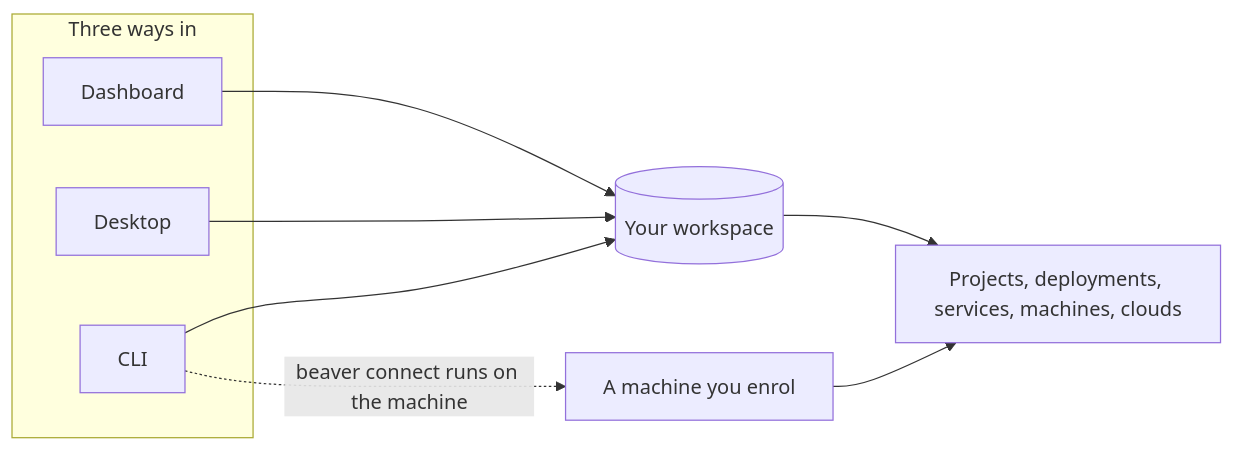
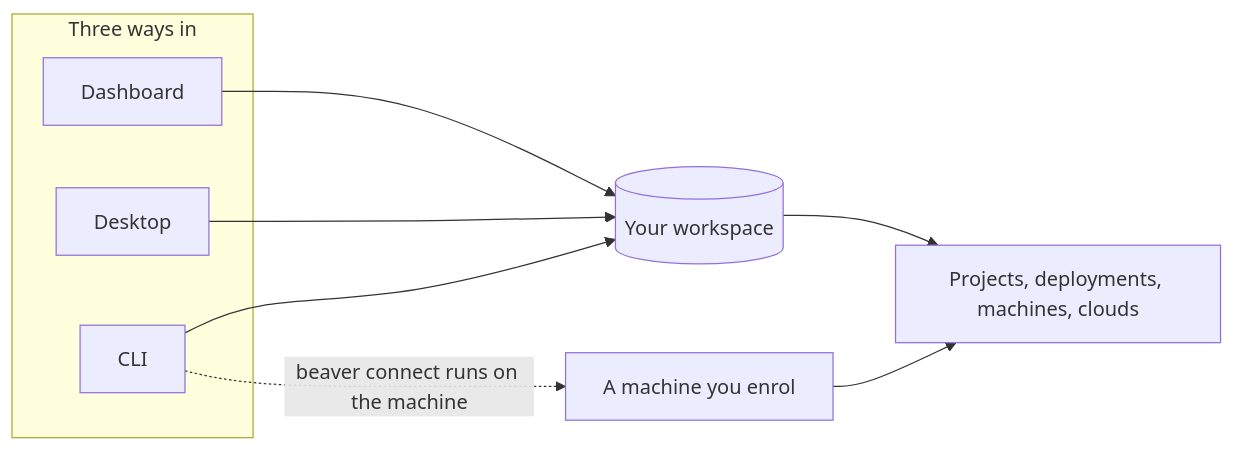
The second of 2 diagrams in start/how-beaver-fits-together.mdx (SoftwareMickey/docs), drawn with Mermaid before and after one commit. The commit also changed other lines of this file and 129 other files, not shown here.

````diff
--- a/start/how-beaver-fits-together.mdx
+++ b/start/how-beaver-fits-together.mdx
@@ -64,14 +61,14 @@
 ```mermaid
 flowchart LR
   subgraph You[Three ways in]
     DB[Dashboard]
     DT[Desktop]
     CLI[CLI]
   end
   DB --> WS[(Your workspace)]
   DT --> WS
   CLI --> WS
-  WS --> R[Projects, deployments, services, machines, clouds]
+  WS --> R[Projects, deployments, machines, clouds]
   CLI -. beaver connect runs on the machine .-> MC[A machine you enrol]
   MC --> R
 ```
````
